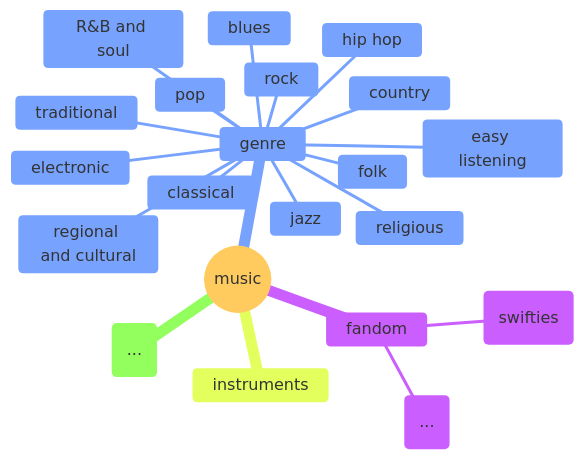
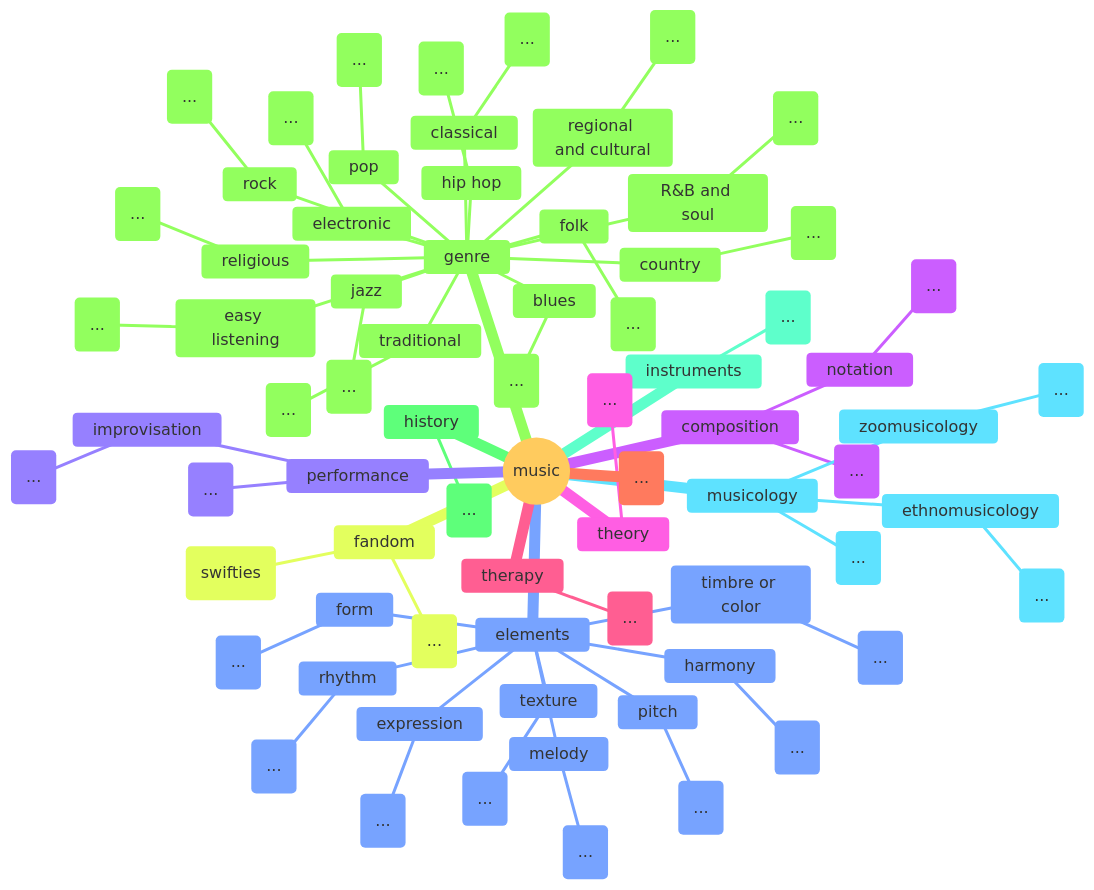
Before and after one commit to nimbinatus/taxonomy: the eighth of 18 diagrams in docs/full_taxonomy.md, drawn with Mermaid. The commit also changed other lines of this file, not shown here.

````diff
--- a/docs/full_taxonomy.md
+++ b/docs/full_taxonomy.md
@@ -267,24 +278,76 @@
 ---
 mindmap
     root((music))
+        composition
+            notation
+                id(...)
+            id(...)
+        elements
+            expression
+                id(...)
+            form
+                id(...)
+            harmony
+                id(...)
+            melody
+                id(...)
+            pitch
+                id(...)
+            rhythm
+                id(...)
+            texture
+                id(...)
+            timbre or color
+                id(...)
         fandom
             id(swifties)
             id(...)
         genre
             blues
+                id(...)
             classical
+                id(...)
             country
+                id(...)
             easy listening
+                id(...)
             electronic
+                id(...)
             folk
+                id(...)
             hip hop
+                id(...)
             jazz
+                id(...)
             pop
+                id(...)
             R&B and soul
+                id(...)
             regional and cultural
+                id(...)
             religious
+                id(...)
             rock
+                id(...)
             traditional
+                id(...)
+        history
+            id(...)
         instruments
+            id(...)
+        musicology
+            ethnomusicology
+                id(...)
+            zoomusicology
+                id(...)
+            id(...)
+        performance
+            improvisation
+                id(...)
+            id(...)
+        theory
+            id(...)
+        therapy
+            id(...)
         id(...)
 ```
````
